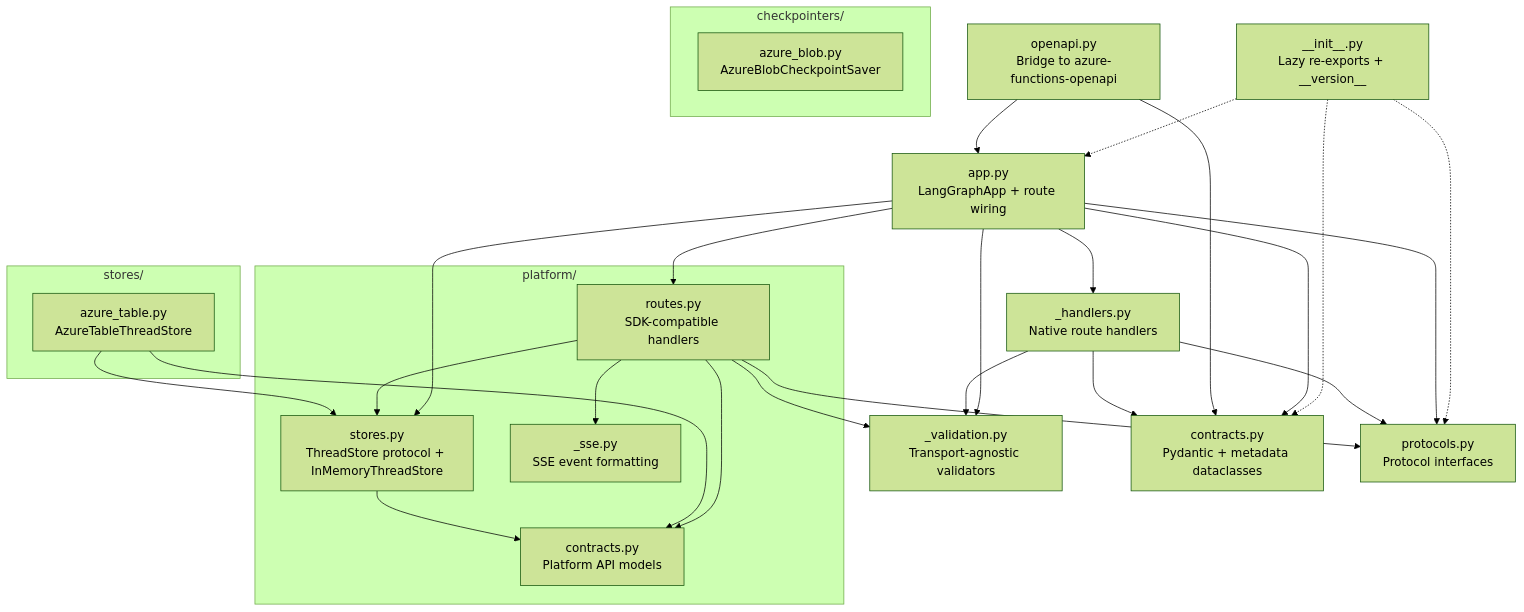
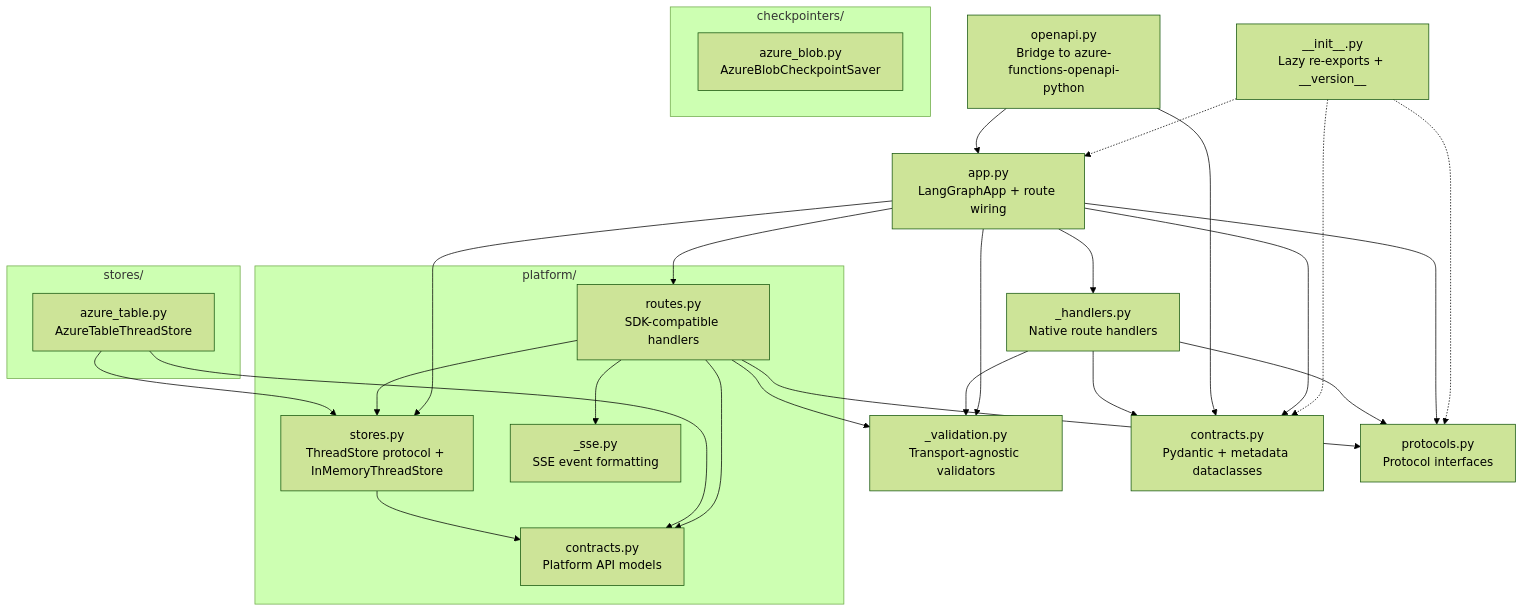
The fifth of 5 diagrams in docs/architecture.md (yeongseon/azure-functions-langgraph-python), drawn with Mermaid (forest theme) before and after one commit. The commit also changed other lines of this file and 40 other files, not shown here.

Commit message:
chore: update repo references for azure-functions-{feature}-python naming convention

````diff
--- a/docs/architecture.md
+++ b/docs/architecture.md
@@ -123,48 +123,48 @@
 ```mermaid
 flowchart TD
     INIT["__init__.py\nLazy re-exports + __version__"]
     APP["app.py\nLangGraphApp + route wiring"]
-    OBR["openapi.py\nBridge to azure-functions-openapi"]
+    OBR["openapi.py\nBridge to azure-functions-openapi-python"]
     HDL["_handlers.py\nNative route handlers"]
     VAL["_validation.py\nTransport-agnostic validators"]
     CON["contracts.py\nPydantic + metadata dataclasses"]
     PRO["protocols.py\nProtocol interfaces"]
 
     subgraph platform ["platform/"]
         PRTE["routes.py\nSDK-compatible handlers"]
         PCON["contracts.py\nPlatform API models"]
         PSTR["stores.py\nThreadStore protocol + InMemoryThreadStore"]
         PSSE["_sse.py\nSSE event formatting"]
     end
 
     subgraph checkpointers ["checkpointers/"]
         ABLOB["azure_blob.py\nAzureBlobCheckpointSaver"]
     end
 
     subgraph stores ["stores/"]
         ATABLE["azure_table.py\nAzureTableThreadStore"]
     end
 
     INIT -.-> APP
     INIT -.-> CON
     INIT -.-> PRO
     APP --> HDL
     APP --> VAL
     APP --> CON
     APP --> PRO
     APP --> PRTE
     APP --> PSTR
     OBR --> APP
     OBR --> CON
     HDL --> VAL
     HDL --> CON
     HDL --> PRO
     PRTE --> PCON
     PRTE --> PSTR
     PRTE --> PSSE
     PRTE --> VAL
     PRTE --> PRO
     ATABLE --> PCON
     ATABLE --> PSTR
     PSTR --> PCON
 ```
````
